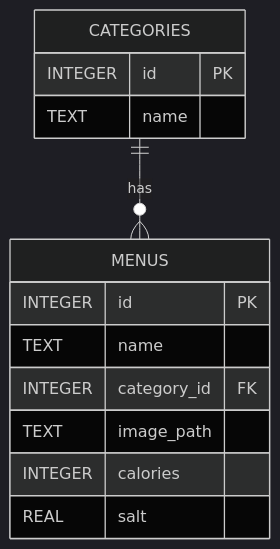
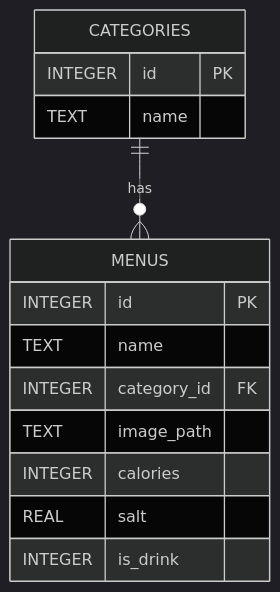
The diagram in docs/database.md (ryohidaka/torikizoku-menus), drawn with Mermaid (dark theme) before and after one commit. The commit also changed other lines of this file and 6 other files, not shown here.

````diff
--- a/docs/database.md
+++ b/docs/database.md
@@ -5,18 +5,19 @@
 ```mermaid
 erDiagram
     CATEGORIES {
         INTEGER id PK
         TEXT name
     }
 
     MENUS {
         INTEGER id PK
         TEXT name
         INTEGER category_id FK
         TEXT image_path
         INTEGER calories
         REAL salt
+        INTEGER is_drink
     }
 
     CATEGORIES ||--o{ MENUS: "has"
 ```
````
